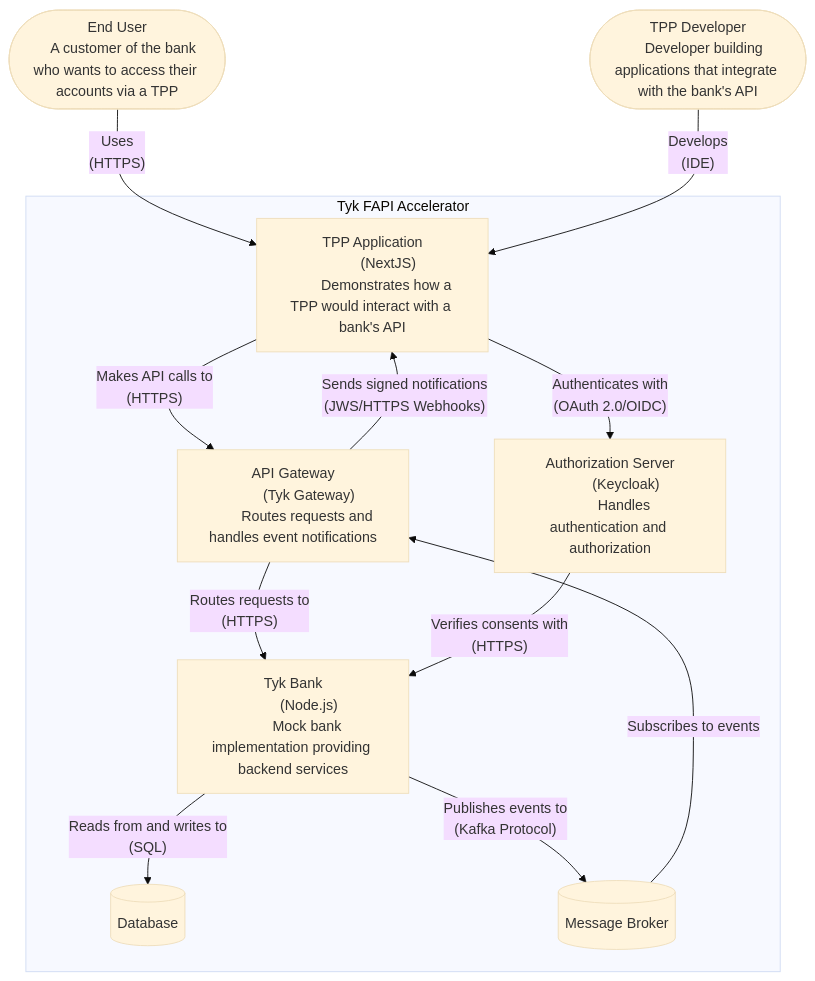
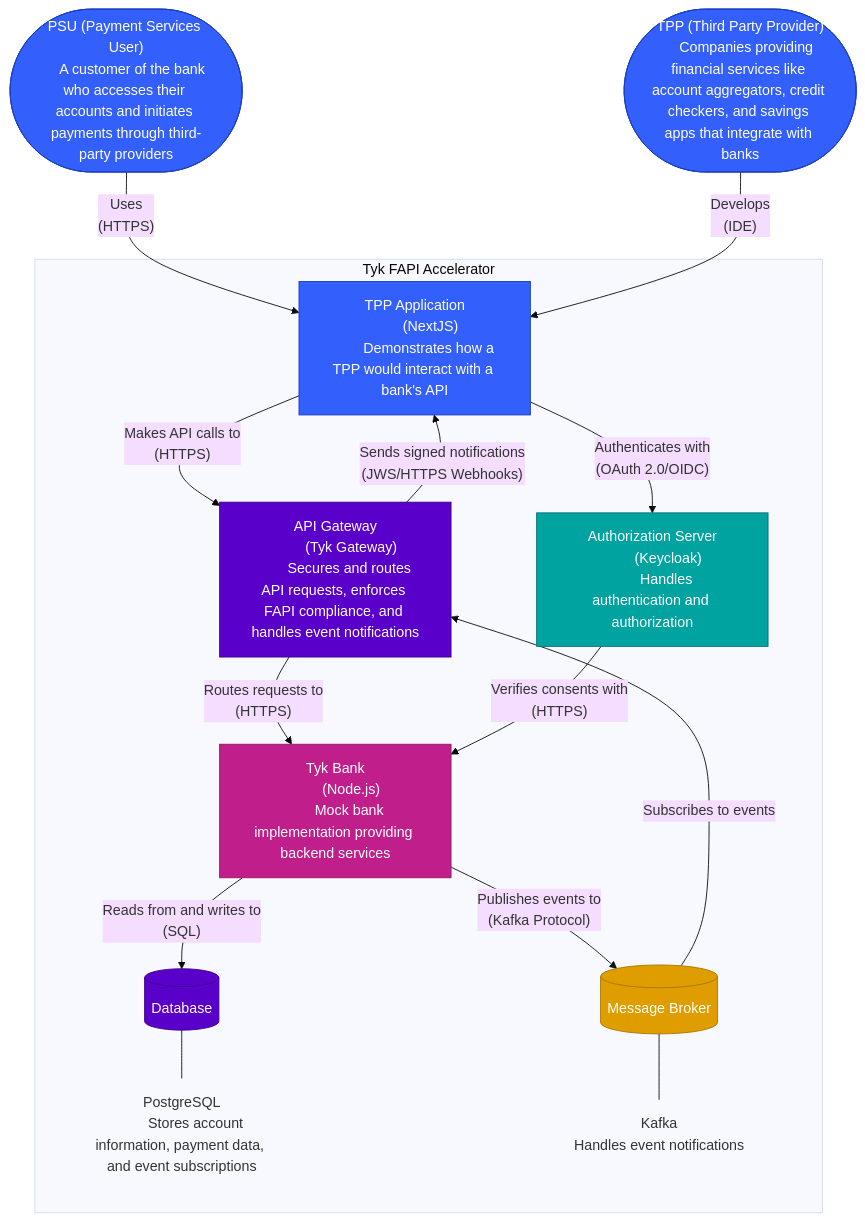
The second of 4 diagrams in tyk-docs/content/use-cases/financial-services.md (TykTechnologies/tyk-docs-hugo), drawn with Mermaid (base theme) before and after one commit. The commit also changed other lines of this file, not shown here.

````diff
--- a/tyk-docs/content/use-cases/financial-services.md
+++ b/tyk-docs/content/use-cases/financial-services.md
@@ -32,47 +64,76 @@
 ```mermaid
 flowchart TB
     %% People/Actors
-    endUser(["End User
-    A customer of the bank who wants to access their accounts via a TPP"])
-    tppDeveloper(["TPP Developer
-    Developer building applications that integrate with the bank's API"])
+    psu(["PSU (Payment Services User)
+    A customer of the bank who accesses their accounts and initiates payments through third-party providers"])
+    tpp(["TPP (Third Party Provider)
+    Companies providing financial services like account aggregators, credit checkers, and savings apps that integrate with banks"])
     
     %% Tyk FAPI Accelerator System with Containers
     subgraph tykFAPI ["Tyk FAPI Accelerator"]
         tppApp["TPP Application
         (NextJS)
         Demonstrates how a TPP would interact with a bank's API"]
         apiGateway["API Gateway
         (Tyk Gateway)
-        Routes requests and handles event notifications"]
+        Secures and routes API requests, enforces FAPI compliance, and handles event notifications"]
         authServer["Authorization Server
         (Keycloak)
         Handles authentication and authorization"]
         tykBank["Tyk Bank
         (Node.js)
         Mock bank implementation providing backend services"]
         database[(Database)]
+        databaseLabel["PostgreSQL
+        Stores account information, payment data, and event subscriptions"]
         kafka[(Message Broker)]
+        kafkaLabel["Kafka
+        Handles event notifications"]
     end
     
+    %% Connect labels to database and kafka
+    database --- databaseLabel
+    kafka --- kafkaLabel
+    
     %% Relationships
-    endUser -->|"Uses
+    psu -->|"Uses
     (HTTPS)"| tppApp
-    tppDeveloper -->|"Develops
+    tpp -->|"Develops
     (IDE)"| tppApp
     tppApp -->|"Makes API calls to
     (HTTPS)"| apiGateway
     tppApp -->|"Authenticates with
     (OAuth 2.0/OIDC)"| authServer
     apiGateway -->|"Routes requests to
     (HTTPS)"| tykBank
     authServer -->|"Verifies consents with
     (HTTPS)"| tykBank
     tykBank -->|"Reads from and writes to
     (SQL)"| database
     tykBank -->|"Publishes events to
     (Kafka Protocol)"| kafka
+    
+    %% Event notification flow
     kafka -->|"Subscribes to events"| apiGateway
     apiGateway -->|"Sends signed notifications
     (JWS/HTTPS Webhooks)"| tppApp
+    
+    %% Styling
+    classDef person fill:#335FFD,color:#fff,stroke:#1A3FBD
+    classDef tppStyle fill:#335FFD,color:#fff,stroke:#1A3FBD
+    classDef component fill:#5900CB,color:#fff,stroke:#3D0087
+    classDef authStyle fill:#00A3A0,color:#fff,stroke:#007370
+    classDef bankStyle fill:#C01F8B,color:#fff,stroke:#901568
+    classDef kafkaStyle fill:#E09D00,color:#fff,stroke:#A87700
+    classDef database fill:#5900CB,color:#fff,stroke:#3D0087
+    classDef label fill:none,stroke:none
+    
+    class psu,tpp person
+    class tppApp tppStyle
+    class apiGateway component
+    class authServer authStyle
+    class tykBank bankStyle
+    class database database
+    class kafka kafkaStyle
+    class databaseLabel,kafkaLabel label
 ```
````
